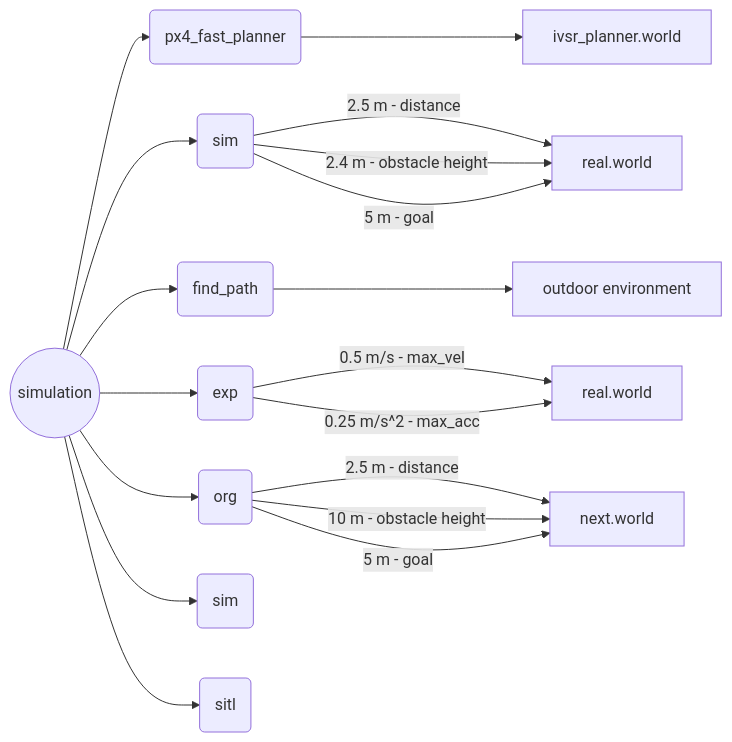
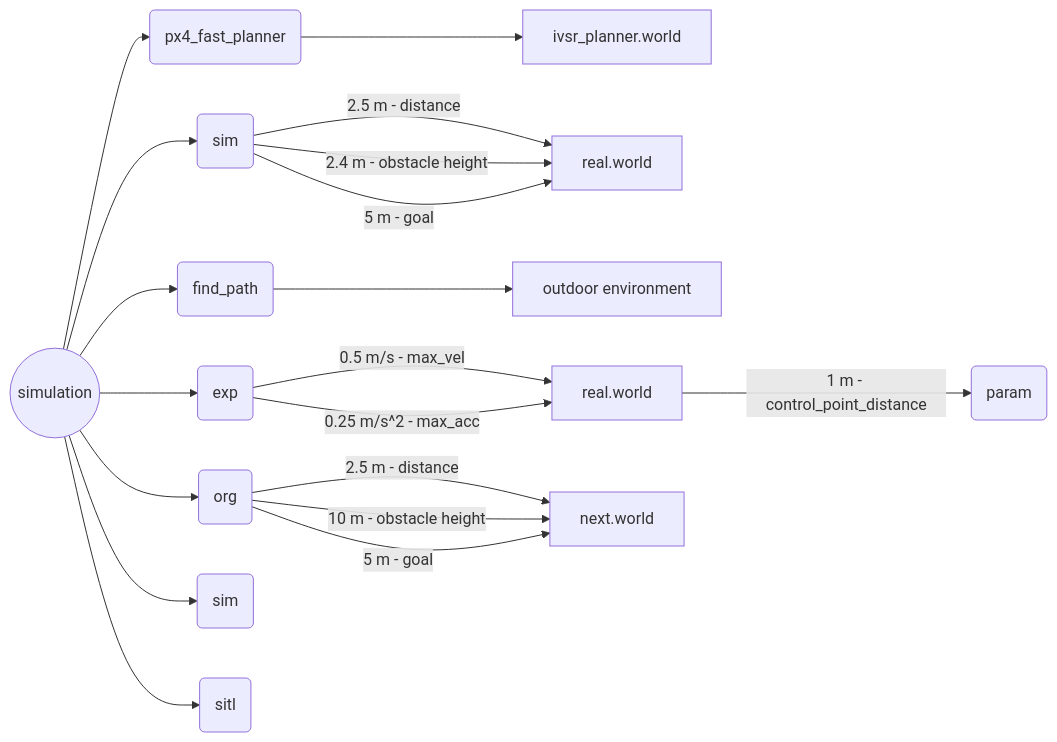
Before and after one commit to Dieptranivsr/drone_extend: the fourth of 4 diagrams in README.md, drawn with Mermaid.

````diff
--- a/README.md
+++ b/README.md
@@ -33,21 +33,22 @@
 ```mermaid
 flowchart LR 
 
 A((simulation)) --> B(px4_fast_planner)
 B --> C[ivsr_planner.world]
 A --> D(sim)
 D -->|2.5 m - distance| E[real.world]
 D -->|2.4 m - obstacle height| E
 D -->|5 m - goal| E
 A --> F(find_path)
 F --> G[outdoor environment]
 A --> H(exp)
 H -->|0.5 m/s - max_vel| I[real.world]
 H -->|0.25 m/s^2 - max_acc| I
+I -->|1 m - control_point_distance| II(param)
 A --> J(org)
 J -->|2.5 m - distance| K[next.world]
 J -->|10 m - obstacle height| K
 J -->|5 m - goal| K
 A --> L(sim)
 A --> M(sitl)
 ```
````
